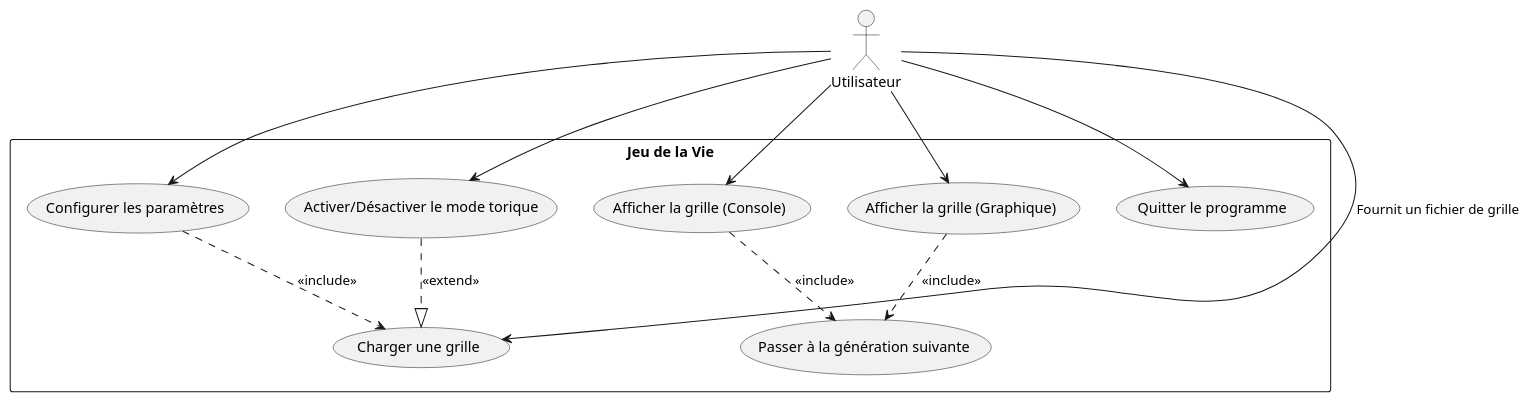
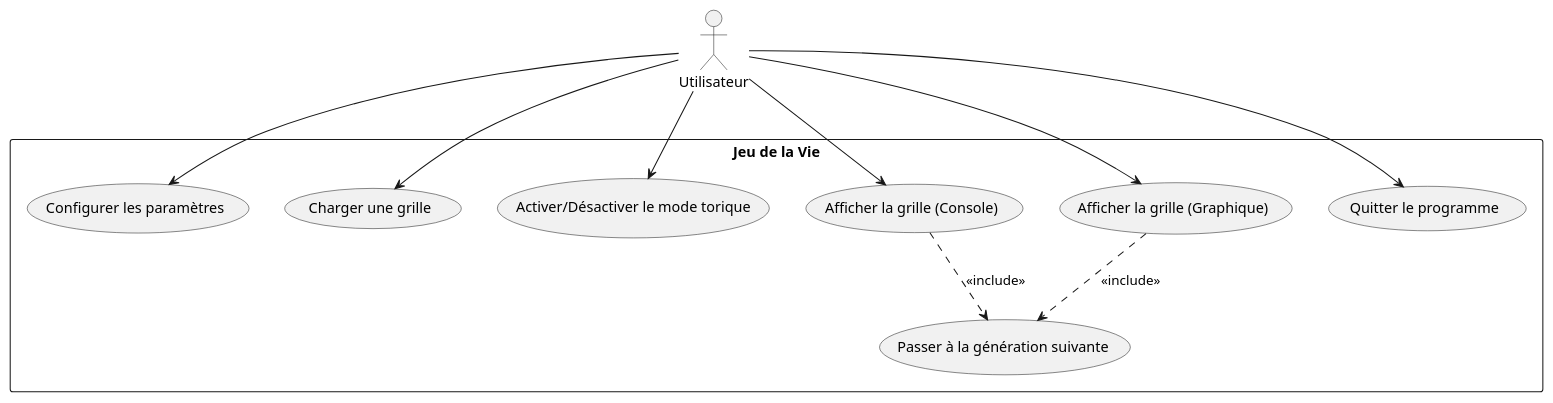
One commit to RiperPro03/LifeGame changed the diagram in diagram-use-case.puml. Above: the diagram before and after it, drawn with PlantUML.

Commit message:
refactor: diagram

```diff
--- a/diagram-use-case.puml
+++ b/diagram-use-case.puml
@@ -1,31 +1,27 @@
 @startuml
 
 actor Utilisateur as User
 
 rectangle "Jeu de la Vie" {
     usecase "Configurer les paramètres" as ConfigParams
     usecase "Charger une grille" as LoadGrid
     usecase "Activer/Désactiver le mode torique" as ToggleToroidalMode
     usecase "Afficher la grille (Console)" as DisplayConsole
     usecase "Afficher la grille (Graphique)" as DisplayGraphic
     usecase "Passer à la génération suivante" as NextGen
     usecase "Quitter le programme" as QuitProgram
 }
 
 ' Links between User and Use Cases
 User --> ConfigParams
-User --> LoadGrid : Fournit un fichier de grille
+User --> LoadGrid
 User --> ToggleToroidalMode
 User --> DisplayConsole
 User --> DisplayGraphic
 User --> QuitProgram
 
 ' Include relationships (mandatory dependencies)
-ConfigParams -[dashed]-> LoadGrid : <<include>>
 DisplayConsole -[dashed]-> NextGen : <<include>>
 DisplayGraphic -[dashed]-> NextGen : <<include>>
 
-' Extend relationships (optional behaviors)
-ToggleToroidalMode -[dashed]-|> LoadGrid : <<extend>>
-
 @enduml
```
